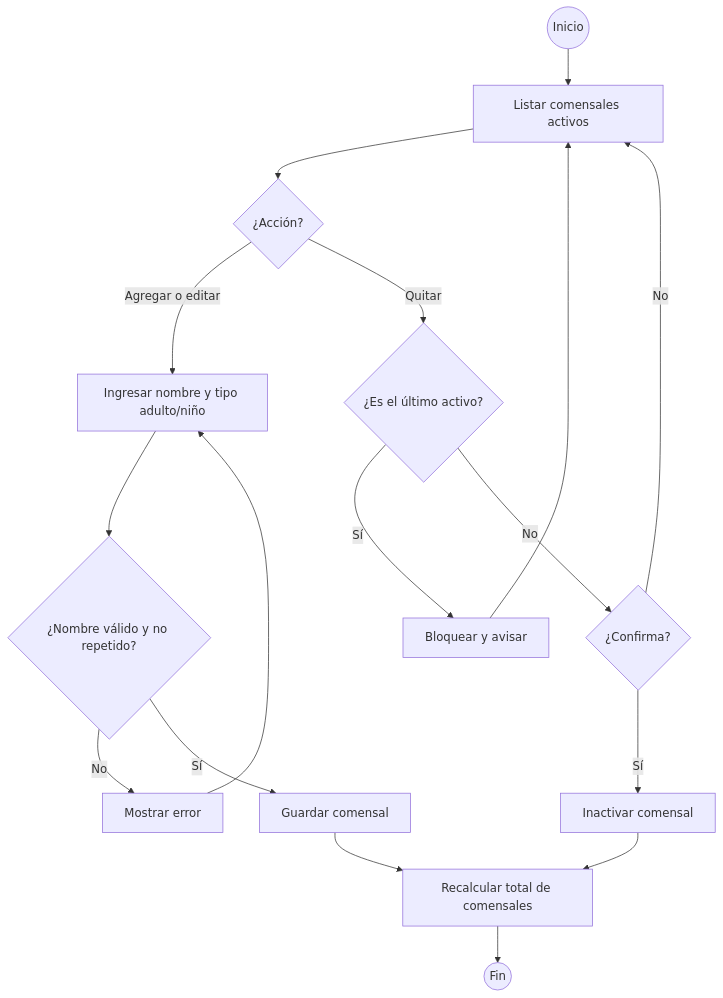
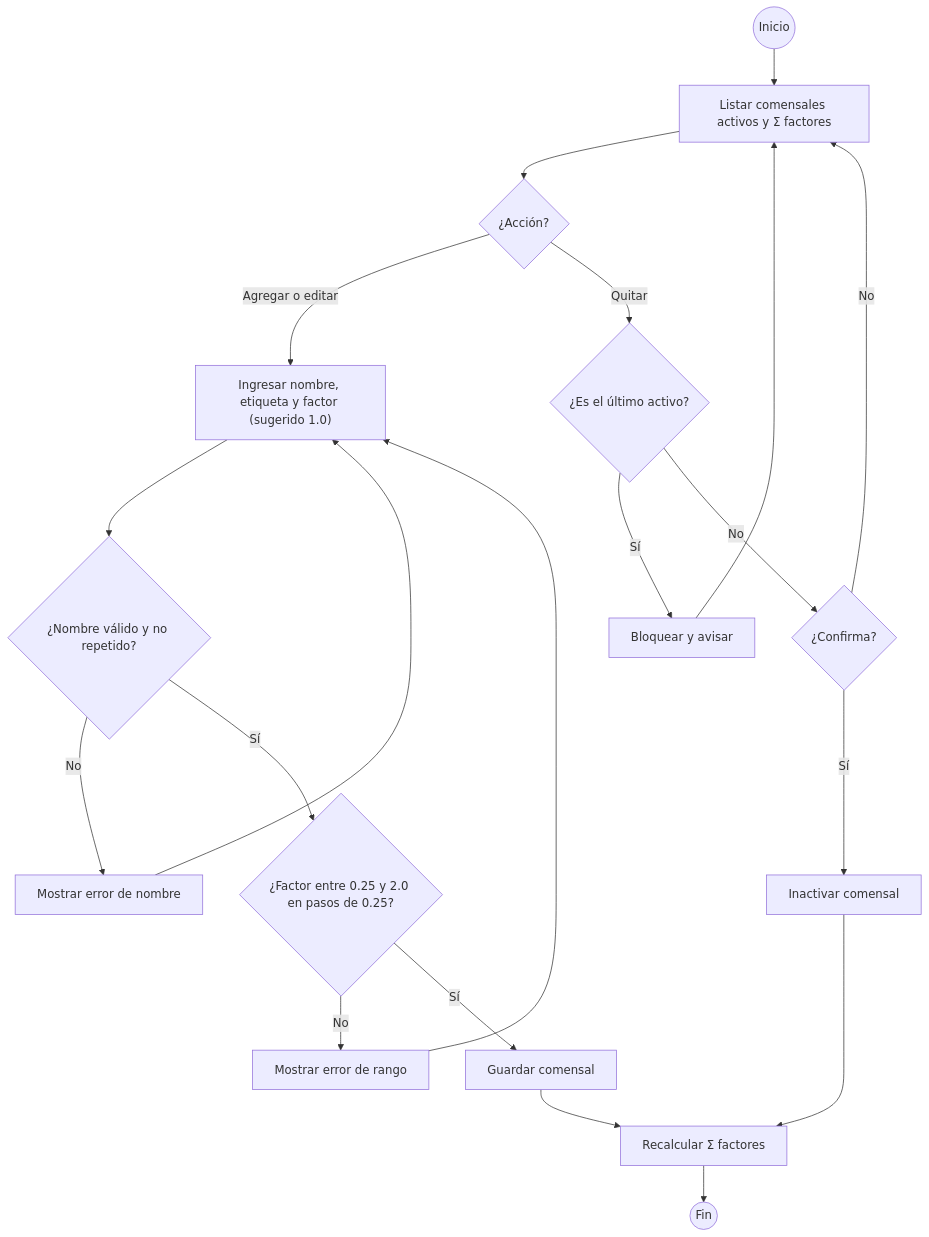
The sixth of 9 diagrams in docs/01-requerimientos/historias/M01-cuenta-hogar.md (devrenerosales/App_Comidas), drawn with Mermaid before and after one commit. The commit also changed other lines of this file and 11 other files, not shown here.

````diff
--- a/docs/01-requerimientos/historias/M01-cuenta-hogar.md
+++ b/docs/01-requerimientos/historias/M01-cuenta-hogar.md
@@ -314,17 +315,19 @@
 ```mermaid
 flowchart TD
-  INI(("Inicio")) --> A["Listar comensales activos"]
+  INI(("Inicio")) --> A["Listar comensales activos y Σ factores"]
   A --> B{"¿Acción?"}
-  B -- "Agregar o editar" --> C["Ingresar nombre y tipo adulto/niño"]
+  B -- "Agregar o editar" --> C["Ingresar nombre, etiqueta y factor (sugerido 1.0)"]
   C --> D{"¿Nombre válido y no repetido?"}
-  D -- "No" --> D1["Mostrar error"] --> C
-  D -- "Sí" --> E["Guardar comensal"]
+  D -- "No" --> D1["Mostrar error de nombre"] --> C
+  D -- "Sí" --> D2{"¿Factor entre 0.25 y 2.0 en pasos de 0.25?"}
+  D2 -- "No" --> D3["Mostrar error de rango"] --> C
+  D2 -- "Sí" --> E["Guardar comensal"]
   B -- "Quitar" --> F{"¿Es el último activo?"}
   F -- "Sí" --> F1["Bloquear y avisar"] --> A
   F -- "No" --> G{"¿Confirma?"}
   G -- "No" --> A
   G -- "Sí" --> H["Inactivar comensal"]
-  E --> I["Recalcular total de comensales"]
+  E --> I["Recalcular Σ factores"]
   H --> I
   I --> FIN(("Fin"))
 ```
````
